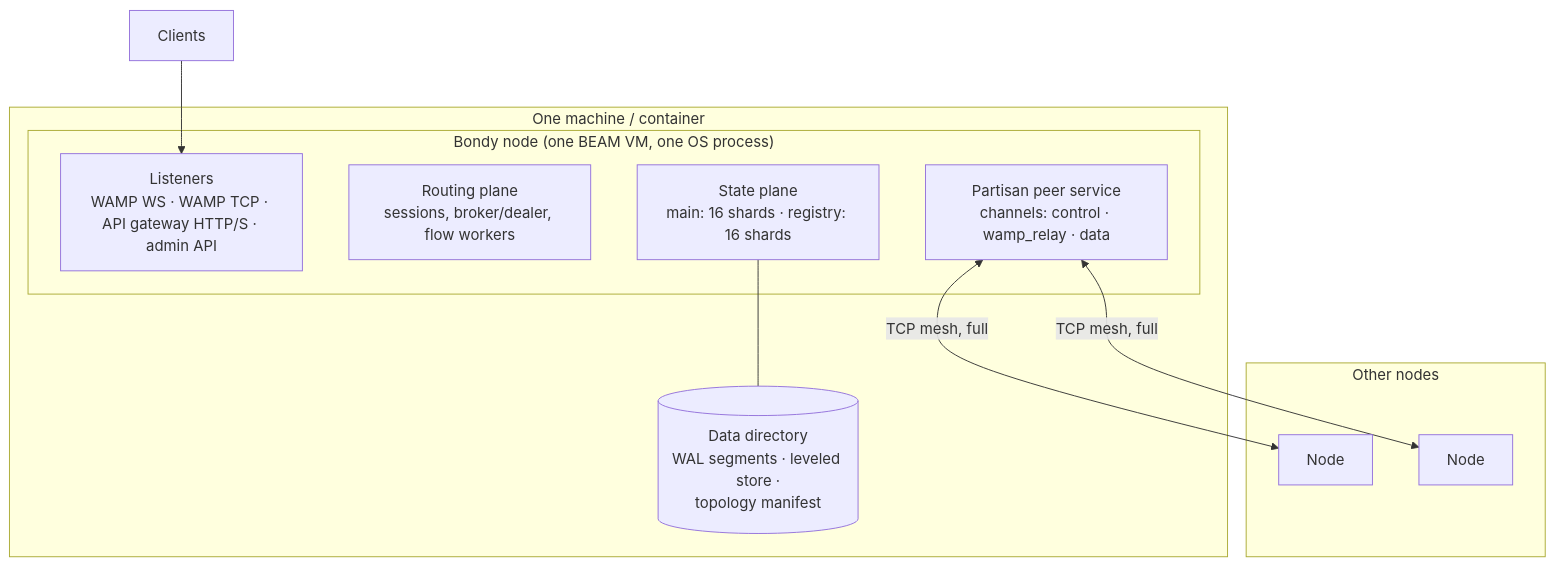
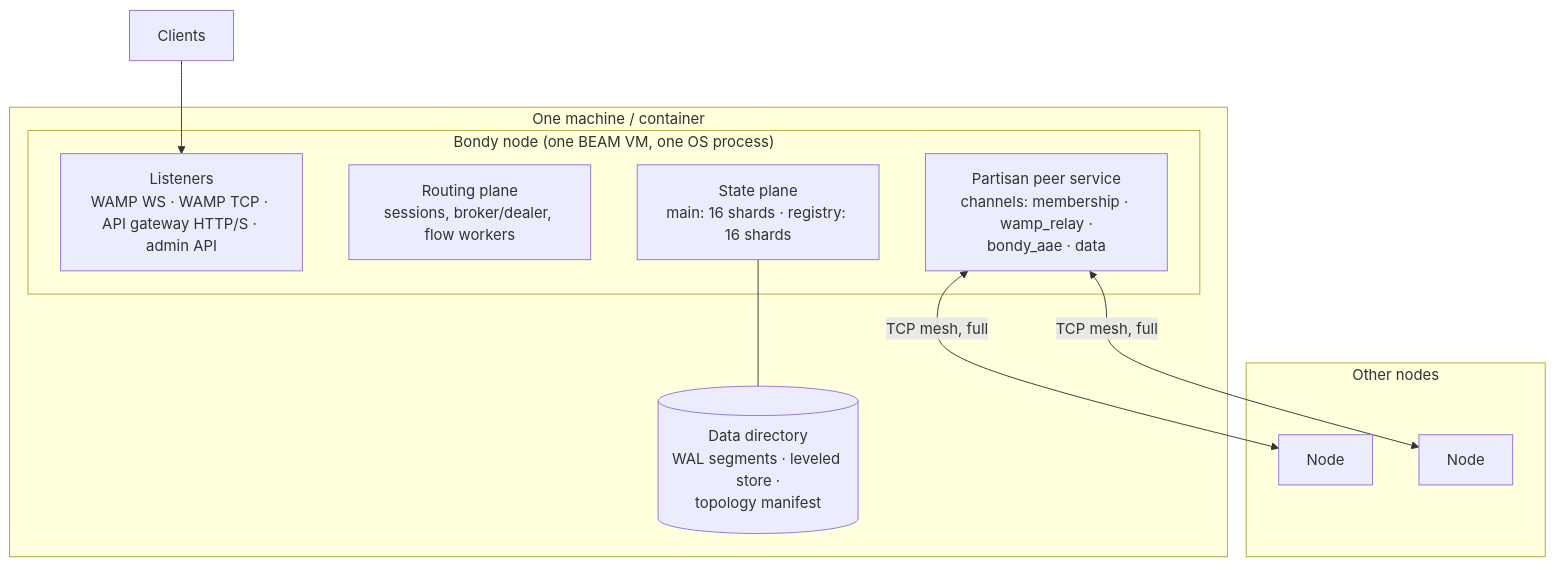
One commit to bondy-io/bondy changed the diagram in doc/guides/architecture/view_deployment.md. Above: the diagram before and after it, drawn with Mermaid. The commit also changed other lines of this file and 16 other files, not shown here.

````diff
--- a/doc/guides/architecture/view_deployment.md
+++ b/doc/guides/architecture/view_deployment.md
@@ -10,20 +10,20 @@
 ```mermaid
 flowchart TD
     subgraph Machine["One machine / container"]
         subgraph BEAM["Bondy node (one BEAM VM, one OS process)"]
             LST["Listeners<br/>WAMP WS · WAMP TCP · API gateway HTTP/S · admin API"]
             RP["Routing plane<br/>sessions, broker/dealer, flow workers"]
             SP["State plane<br/>main: 16 shards · registry: 16 shards"]
-            PART["Partisan peer service<br/>channels: control · wamp_relay · data"]
+            PART["Partisan peer service<br/>channels: membership · wamp_relay ·<br/>bondy_aae · data"]
         end
         DISK[("Data directory<br/>WAL segments · leveled store ·<br/>topology manifest")]
         SP --- DISK
     end
     subgraph Peers["Other nodes"]
         N2[Node]
         N3[Node]
     end
     Clients --> LST
     PART <-->|TCP mesh, full| N2
     PART <-->|TCP mesh, full| N3
 ```
````
